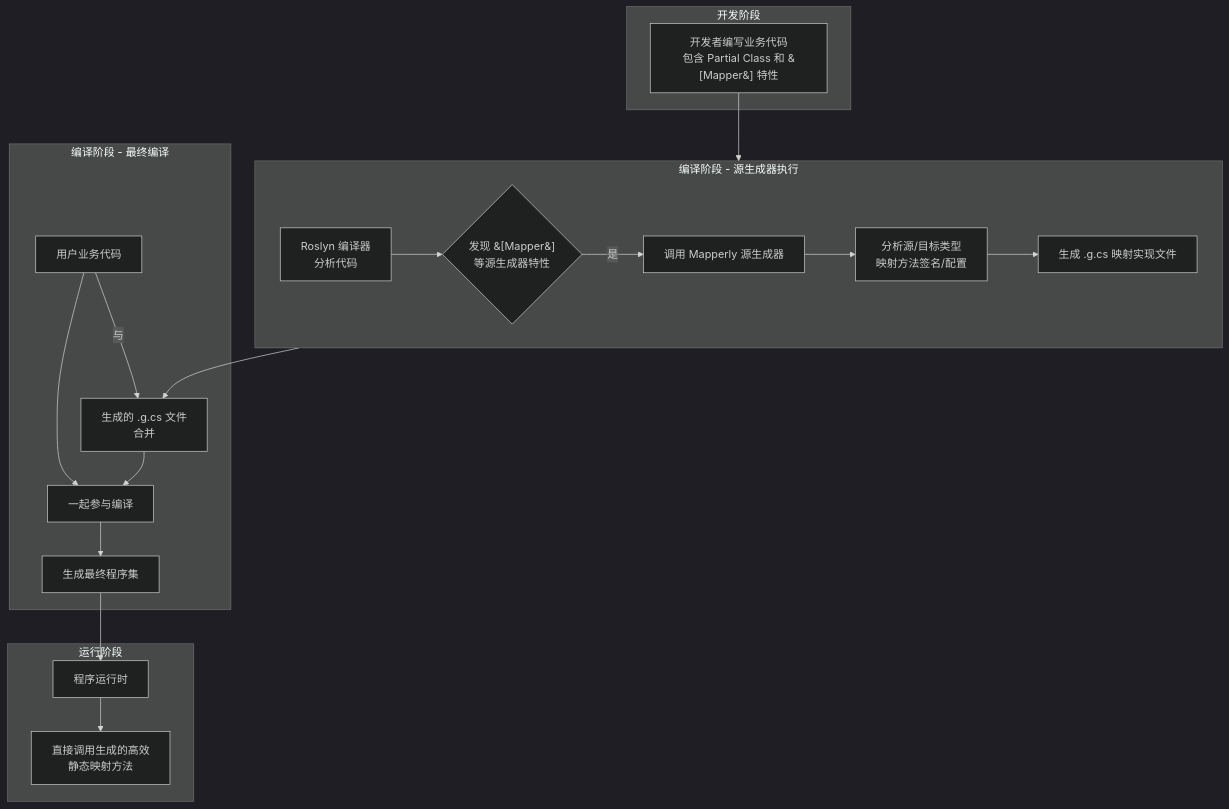
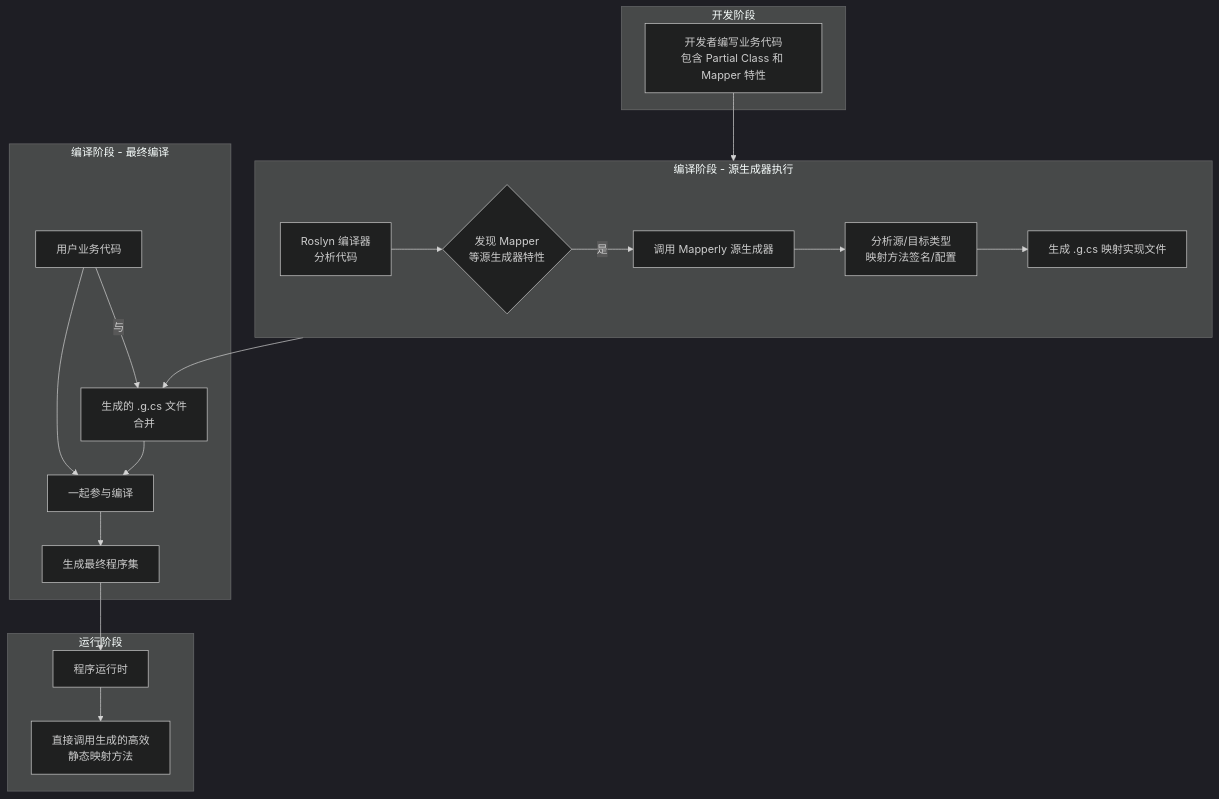
One commit to changweihua/changweihua.github.io changed the diagram in zh-CN/blog/2026-04/Mapperly.md. Above: the diagram before and after it, drawn with Mermaid (dark theme). The commit also changed 5 other files, not shown here.

````diff
--- a/zh-CN/blog/2026-04/Mapperly.md
+++ b/zh-CN/blog/2026-04/Mapperly.md
@@ -310,29 +310,29 @@
 ```mermaid
 flowchart TD
     subgraph A [开发阶段]
-        A1["开发者编写业务代码<br>包含 Partial Class 和 &#91;Mapper&#93; 特性"]
+        A1["开发者编写业务代码<br>包含 Partial Class 和 Mapper 特性"]
     end
 
     subgraph B [编译阶段 - 源生成器执行]
         direction LR
-        B1["Roslyn 编译器<br>分析代码"] --> B2{"发现 &#91;Mapper&#93;<br>等源生成器特性"}
+        B1["Roslyn 编译器<br>分析代码"] --> B2{"发现 Mapper<br>等源生成器特性"}
         B2 -- 是 --> B3["调用 Mapperly 源生成器"]
         B3 --> B4["分析源/目标类型<br>映射方法签名/配置"]
         B4 --> B5["生成 .g.cs 映射实现文件"]
     end
 
     subgraph C [编译阶段 - 最终编译]
         C1["用户业务代码"] -- 与 --> C2["生成的 .g.cs 文件<br>合并"]
         C1 --> C3["一起参与编译"]
         C2 --> C3
         C3 --> C4["生成最终程序集"]
     end
 
     subgraph D [运行阶段]
         D1["程序运行时"] --> D2["直接调用生成的高效<br>静态映射方法"]
     end
 
     A1 --> B1
     B5 --> C2
     C4 --> D1
 ```
````
